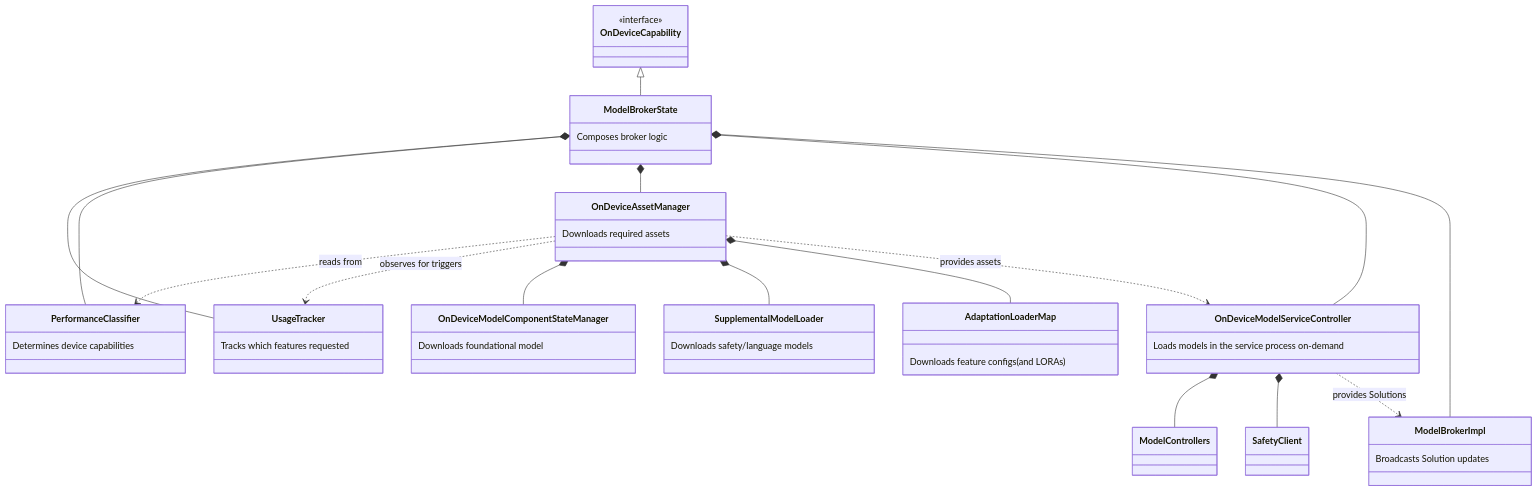
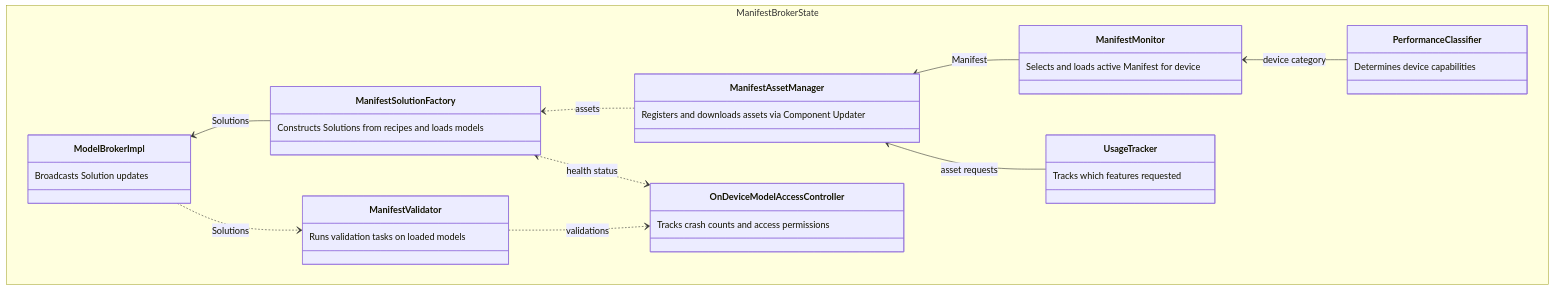
One commit to benji-cannot-code/fast-vc-chromium-benchmark-run-4 changed the second of 4 diagrams in components/optimization_guide/core/model_execution/on_device.md. Above: the diagram before and after it, drawn with Mermaid. The commit also changed other lines of this file, not shown here.

First line of the commit message:
[OptimizationGuide] Update on_device.md to describe ManifestBroker

````diff
--- a/components/optimization_guide/core/model_execution/on_device.md
+++ b/components/optimization_guide/core/model_execution/on_device.md
@@ -56,50 +90,37 @@
 ```mermaid
 classDiagram
-    class OnDeviceCapability {
-        <<interface>>
+    namespace ManifestBrokerState {
+        class PerformanceClassifier {
+            Determines device capabilities
+        }
+        class UsageTracker {
+            Tracks which features requested
+        }
+        class OnDeviceModelAccessController {
+            Tracks crash counts and access permissions
+        }
+        class ManifestMonitor {
+            Selects and loads active Manifest for device
+        }
+        class ManifestAssetManager {
+            Registers and downloads assets via Component Updater
+        }
+        class ManifestSolutionFactory {
+            Constructs Solutions from recipes and loads models
+        }
+        class ModelBrokerImpl {
+            Broadcasts Solution updates
+        }
+        class ManifestValidator {
+            Runs validation tasks on loaded models
+        }
     }
-    class ModelBrokerState {
-        Composes broker logic
-    }
-    class PerformanceClassifier {
-        Determines device capabilities
-    }
-    class UsageTracker {
-        Tracks which features requested
-    }
-    class OnDeviceAssetManager {
-        Downloads required assets
-    }
-    class OnDeviceModelServiceController {
-        Loads models in the service process on-demand
-    }
-    class ModelBrokerImpl {
-        Broadcasts Solution updates
-    }
-    class OnDeviceModelComponentStateManager {
-        Downloads foundational model
-    }
-    class SupplementalModelLoader {
-        Downloads safety/language models
-    }
-    class AdaptationLoaderMap {
-        Downloads feature configs (and LORAs)
-    }
-    OnDeviceCapability <|-- ModelBrokerState
-    ModelBrokerState *-- UsageTracker
-    ModelBrokerState *-- PerformanceClassifier
-    ModelBrokerState *-- OnDeviceAssetManager
-    ModelBrokerState *-- OnDeviceModelServiceController
-    ModelBrokerState *-- ModelBrokerImpl
-
-    OnDeviceAssetManager ..> PerformanceClassifier : reads from
-    OnDeviceAssetManager ..> UsageTracker : observes for triggers
-    OnDeviceAssetManager *-- OnDeviceModelComponentStateManager
-    OnDeviceAssetManager *-- SupplementalModelLoader
-    OnDeviceAssetManager *-- AdaptationLoaderMap
-
-    OnDeviceAssetManager ..> OnDeviceModelServiceController : provides assets
-    OnDeviceModelServiceController *-- ModelControllers
-    OnDeviceModelServiceController *-- SafetyClient
-    OnDeviceModelServiceController ..> ModelBrokerImpl : provides Solutions
+    ManifestMonitor <-- PerformanceClassifier : device category
+    ManifestAssetManager <-- ManifestMonitor : Manifest
+    ManifestAssetManager <-- UsageTracker : asset requests
+    ManifestSolutionFactory <.. ManifestAssetManager : assets
+    ManifestSolutionFactory <..> OnDeviceModelAccessController : health status
+    ModelBrokerImpl <-- ManifestSolutionFactory : Solutions
+    ModelBrokerImpl ..> ManifestValidator : Solutions
+    ManifestValidator ..> OnDeviceModelAccessController : validations
 ```
````
